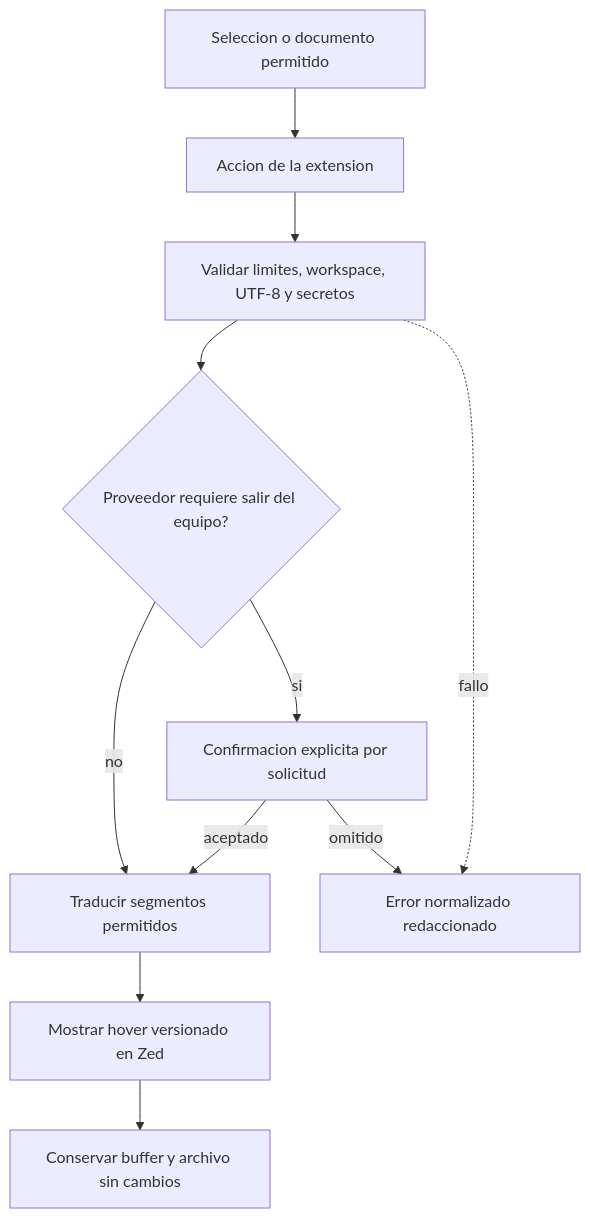
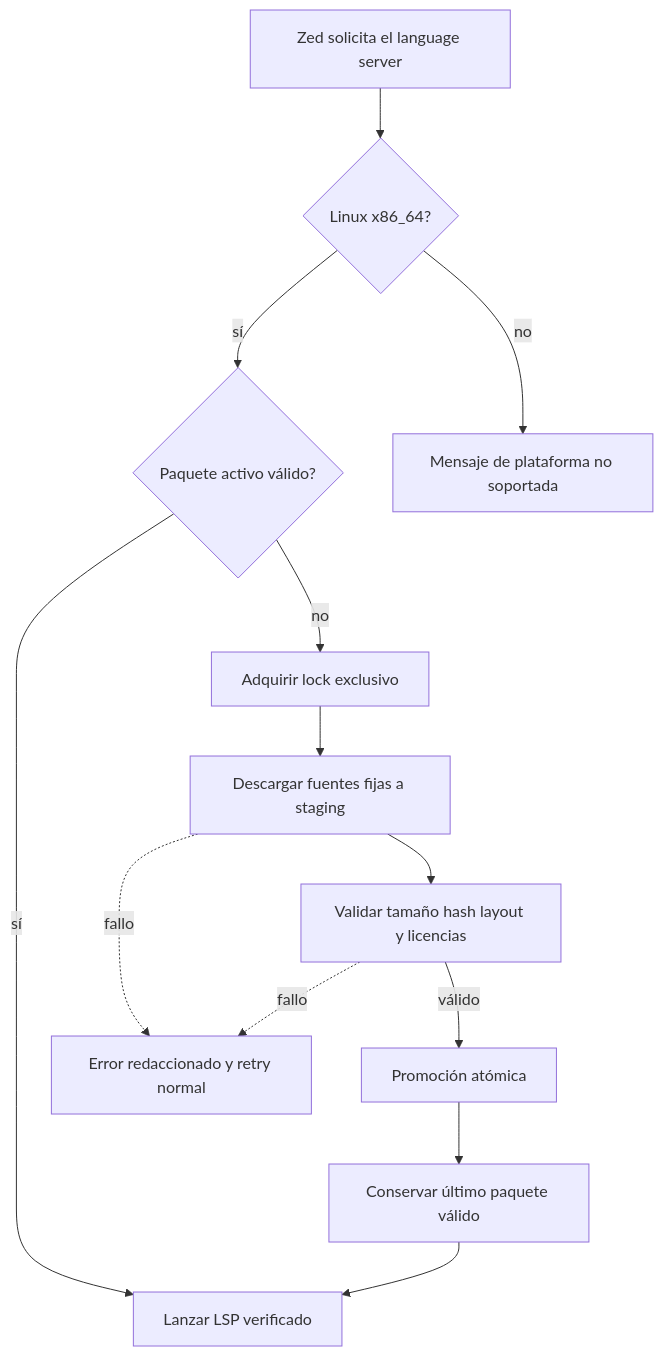
One commit to Theos48/zed-en-es-translator changed the second of 5 diagrams in docs/diagrams.md. Above: the diagram before and after it, drawn with Mermaid. The commit also changed other lines of this file and 275 other files, not shown here.

````diff
--- a/docs/diagrams.md
+++ b/docs/diagrams.md
@@ -43,23 +37,27 @@
 ```mermaid
 flowchart TD
-    input[Seleccion o documento permitido]
-    command[Accion de la extension]
-    validate[Validar limites, workspace, UTF-8 y secretos]
-    provider{Proveedor requiere salir del equipo?}
-    confirm[Confirmacion explicita por solicitud]
-    translate[Traducir segmentos permitidos]
-    preview[Mostrar hover versionado en Zed]
-    keep[Conservar buffer y archivo sin cambios]
-    reject[Error normalizado redaccionado]
+    activate[Zed solicita el language server]
+    platform{Linux x86_64?}
+    current{Paquete activo válido?}
+    lock[Adquirir lock exclusivo]
+    download[Descargar fuentes fijas a staging]
+    verify[Validar tamaño hash layout y licencias]
+    promote[Promoción atómica]
+    ready[Lanzar LSP verificado]
+    previous[Conservar último paquete válido]
+    retry[Error redaccionado y retry normal]
+    unsupported[Mensaje de plataforma no soportada]
 
-    input --> command
-    command --> validate
-    validate --> provider
-    validate -. fallo .-> reject
-    provider -- no --> translate
-    provider -- si --> confirm
-    confirm -- aceptado --> translate
-    confirm -- omitido --> reject
-    translate --> preview
-    preview --> keep
+    activate --> platform
+    platform -- no --> unsupported
+    platform -- sí --> current
+    current -- sí --> ready
+    current -- no --> lock
+    lock --> download
+    download --> verify
+    verify -- válido --> promote
+    promote --> previous
+    previous --> ready
+    download -. fallo .-> retry
+    verify -. fallo .-> retry
 ```
````
